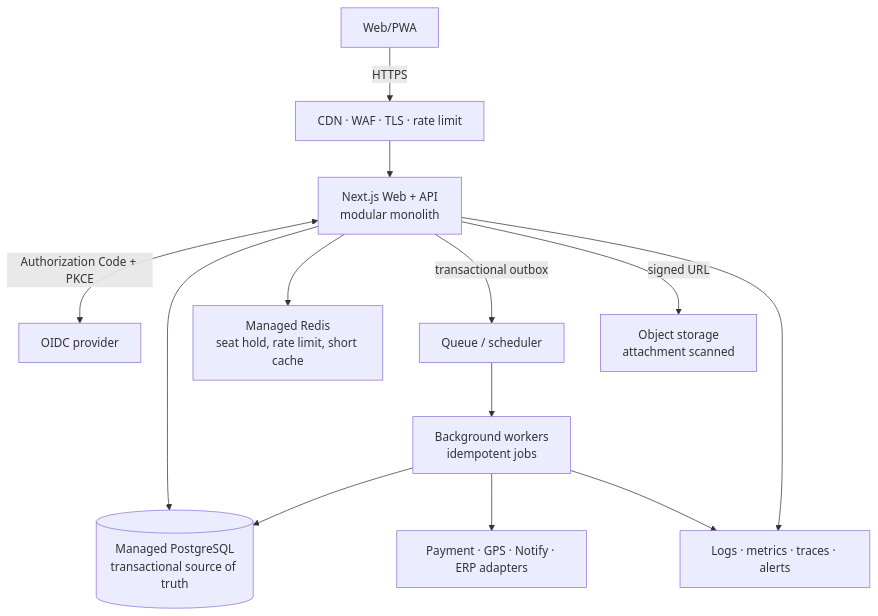
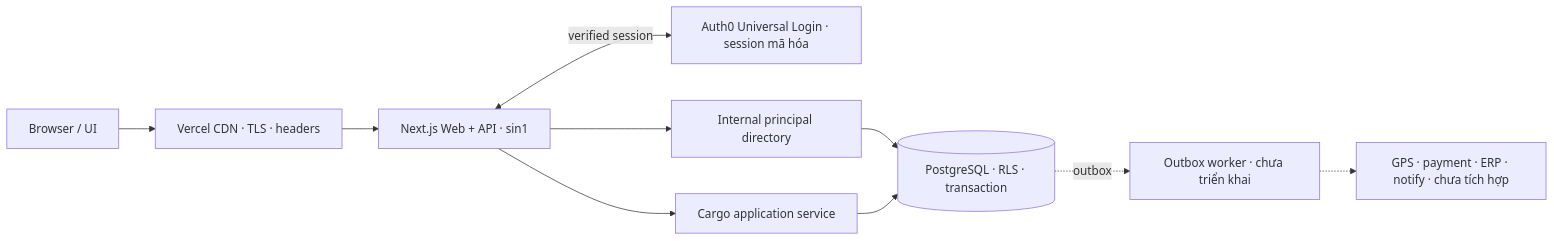
One commit to QuangHuy71104/kumho-smartops changed the first of 4 diagrams in docs/ARCHITECTURE.md. Above: the diagram before and after it, drawn with Mermaid. The commit also changed other lines of this file and 88 other files, not shown here.

````diff
--- a/docs/ARCHITECTURE.md
+++ b/docs/ARCHITECTURE.md
@@ -46,25 +26,18 @@
 ```mermaid
-flowchart TB
-    Browser["Web/PWA"]
-    Edge["CDN · WAF · TLS · rate limit"]
-    Web["Next.js Web + API\nmodular monolith"]
-    Worker["Background workers\nidempotent jobs"]
-    DB[("Managed PostgreSQL\ntransactional source of truth")]
-    Redis["Managed Redis\nseat hold, rate limit, short cache"]
-    Queue["Queue / scheduler"]
-    Object["Object storage\nattachment scanned"]
-    IdP["OIDC provider"]
-    Adapters["Payment · GPS · Notify · ERP adapters"]
-    Obs["Logs · metrics · traces · alerts"]
+flowchart LR
+    Browser["Browser / UI"]
+    Edge["Vercel CDN · TLS · headers"]
+    Web["Next.js Web + API · sin1"]
+    Auth0["Auth0 Universal Login · session mã hóa"]
+    Directory["Internal principal directory"]
+    Service["Cargo application service"]
+    DB[("PostgreSQL · RLS · transaction")]
+    Worker["Outbox worker · chưa triển khai"]
+    External["GPS · payment · ERP · notify · chưa tích hợp"]
 
-    Browser -->|"HTTPS"| Edge --> Web
-    Web <-->|"Authorization Code + PKCE"| IdP
-    Web --> DB
-    Web --> Redis
-    Web -->|"transactional outbox"| Queue --> Worker
-    Worker --> DB
-    Worker --> Adapters
-    Web -->|"signed URL"| Object
-    Web --> Obs
-    Worker --> Obs
+    Browser --> Edge --> Web
+    Web <-->|"verified session"| Auth0
+    Web --> Directory --> DB
+    Web --> Service --> DB
+    DB -.->|"outbox"| Worker -.-> External
 ```
````
